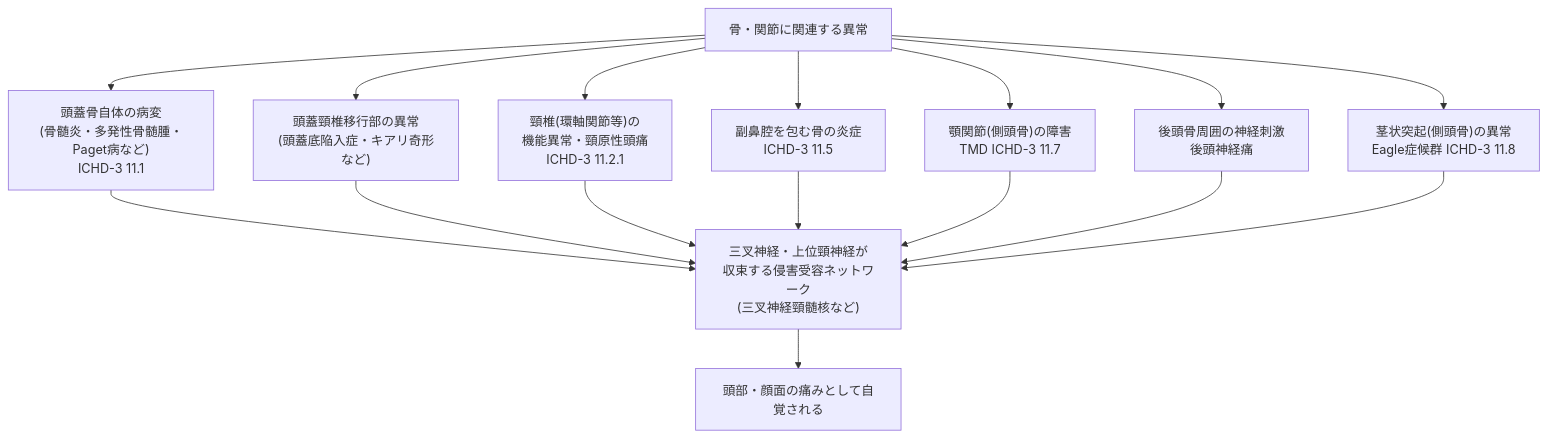
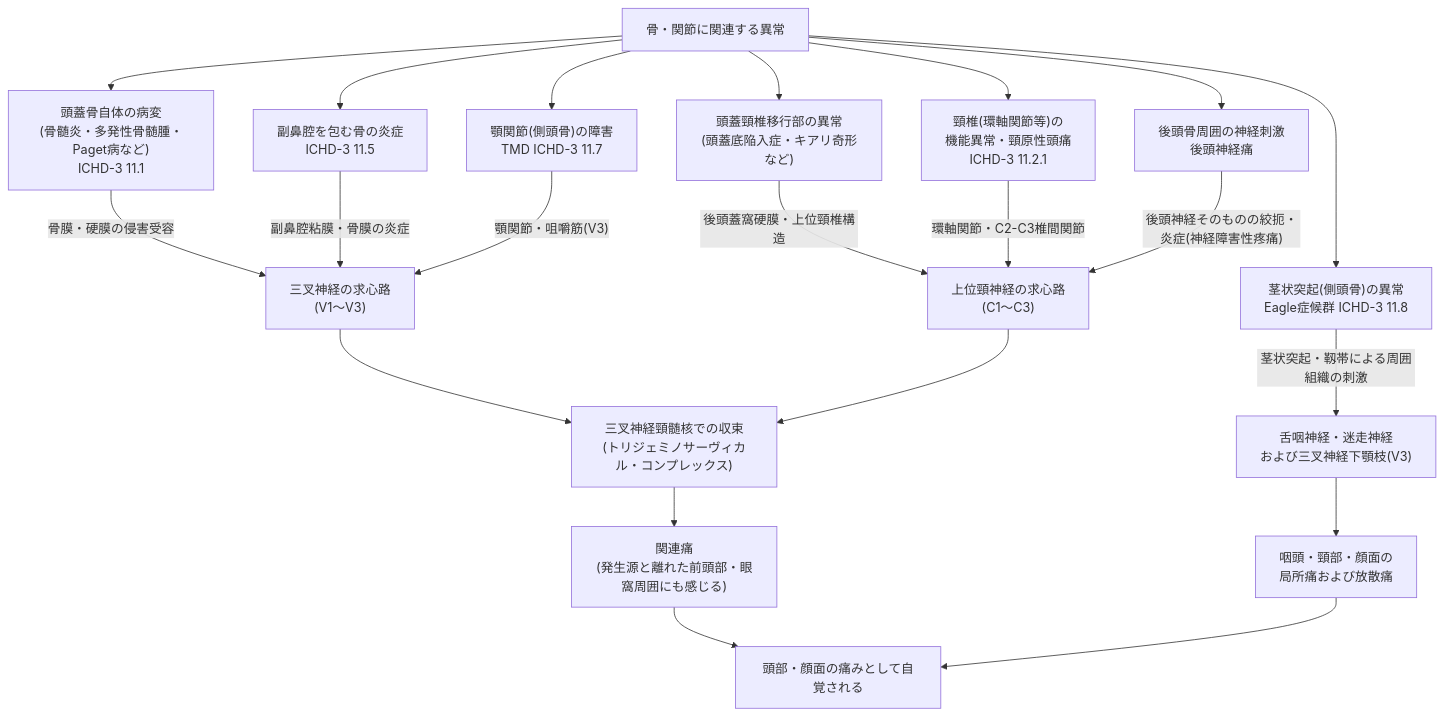
The fifth of 5 diagrams in Bone-related-headache.md (myoshi2891/Medical-Studies), drawn with Mermaid before and after one commit. The commit also changed other lines of this file and 3 other files, not shown here.

Commit message:
docs(anatomy): 骨関連頭痛の解剖学的記述・有病率・注釈リンクおよびMermaid図解を最新化

````diff
--- a/Bone-related-headache.md
+++ b/Bone-related-headache.md
@@ -243,18 +243,23 @@
 ```mermaid
 flowchart TD
     Bone["骨・関節に関連する異常"] --> A1["頭蓋骨自体の病変<br/>(骨髄炎・多発性骨髄腫・Paget病など)<br/>ICHD-3 11.1"]
     Bone --> A2["頭蓋頸椎移行部の異常<br/>(頭蓋底陥入症・キアリ奇形など)"]
     Bone --> A3["頸椎(環軸関節等)の<br/>機能異常・頸原性頭痛<br/>ICHD-3 11.2.1"]
     Bone --> A4["副鼻腔を包む骨の炎症<br/>ICHD-3 11.5"]
     Bone --> A5["顎関節(側頭骨)の障害<br/>TMD ICHD-3 11.7"]
     Bone --> A6["後頭骨周囲の神経刺激<br/>後頭神経痛"]
     Bone --> A7["茎状突起(側頭骨)の異常<br/>Eagle症候群 ICHD-3 11.8"]
-    A1 --> TCN2["三叉神経・上位頸神経が<br/>収束する侵害受容ネットワーク<br/>(三叉神経頸髄核など)"]
-    A2 --> TCN2
-    A3 --> TCN2
-    A4 --> TCN2
-    A5 --> TCN2
-    A6 --> TCN2
-    A7 --> TCN2
-    TCN2 --> Result["頭部・顔面の痛みとして自覚される"]
+    A1 -->|骨膜・硬膜の侵害受容| TG["三叉神経の求心路<br/>(V1〜V3)"]
+    A4 -->|副鼻腔粘膜・骨膜の炎症| TG
+    A5 -->|"顎関節・咀嚼筋(V3)"| TG
+    A2 -->|後頭蓋窩硬膜・上位頸椎構造| CX["上位頸神経の求心路<br/>(C1〜C3)"]
+    A3 -->|環軸関節・C2-C3椎間関節| CX
+    A6 -->|"後頭神経そのものの絞扼・炎症(神経障害性疼痛)"| CX
+    A7 -->|茎状突起・靱帯による周囲組織の刺激| GX["舌咽神経・迷走神経<br/>および三叉神経下顎枝(V3)"]
+    TG --> TCN2["三叉神経頸髄核での収束<br/>(トリジェミノサーヴィカル・コンプレックス)"]
+    CX --> TCN2
+    TCN2 --> Ref["関連痛<br/>(発生源と離れた前頭部・眼窩周囲にも感じる)"]
+    GX --> Local["咽頭・頸部・顔面の<br/>局所痛および放散痛"]
+    Ref --> Result["頭部・顔面の痛みとして自覚される"]
+    Local --> Result
 ```
````
